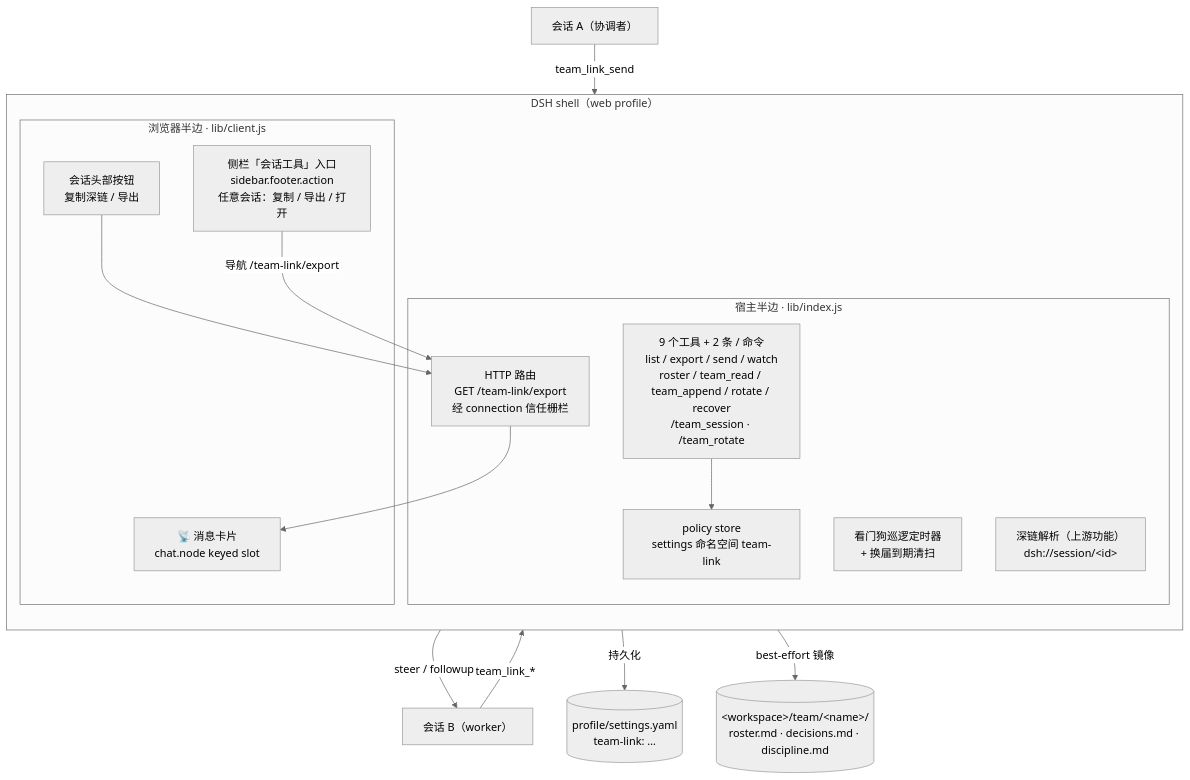
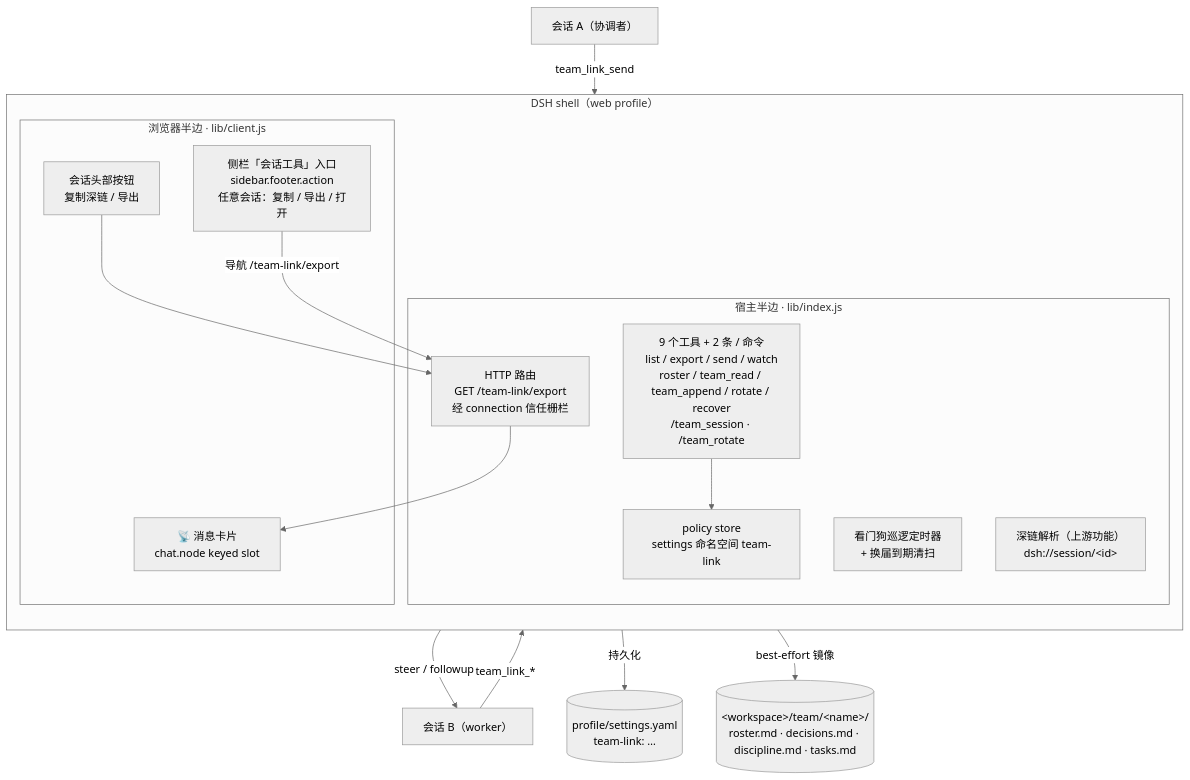
One commit to shenhuanageshei/dsh-team-link changed the first of 7 diagrams in README.md. Above: the diagram before and after it, drawn with Mermaid (neutral theme). The commit also changed other lines of this file and 7 other files, not shown here.

````diff
--- a/README.md
+++ b/README.md
@@ -78,27 +203,27 @@
 ```mermaid
 flowchart TB
     subgraph Shell["DSH shell（web profile）"]
         direction TB
         subgraph Host["宿主半边 · lib/index.js"]
             T["9 个工具 + 2 条 / 命令<br/>list / export / send / watch<br/>roster / team_read / team_append / rotate / recover<br/>/team_session · /team_rotate"]
             R["HTTP 路由<br/>GET /team-link/export<br/>经 connection 信任栅栏"]
             W["看门狗巡逻定时器<br/>+ 换届到期清扫"]
             DL["深链解析（上游功能）<br/>dsh://session/&lt;id&gt;"]
             ST["policy store<br/>settings 命名空间 team-link"]
         end
         subgraph Client["浏览器半边 · lib/client.js"]
             CARD["📡 消息卡片<br/>chat.node keyed slot"]
             BTN["会话头部按钮<br/>复制深链 / 导出"]
             SLOT["侧栏「会话工具」入口<br/>sidebar.footer.action<br/>任意会话：复制 / 导出 / 打开"]
         end
     end
     S1["会话 A（协调者）"] -->|team_link_send| T
     S2["会话 B（worker）"] -->|team_link_*| T
     T -->|steer / followup| S2
     T --> ST
     ST -->|持久化| YAML[("profile/settings.yaml<br/>team-link: …")]
-    T -->|best-effort 镜像| BB[("&lt;workspace&gt;/team/&lt;name&gt;/<br/>roster.md · decisions.md · discipline.md")]
+    T -->|best-effort 镜像| BB[("&lt;workspace&gt;/team/&lt;name&gt;/<br/>roster.md · decisions.md · discipline.md · tasks.md")]
     R --> CARD
     BTN --> R
     SLOT -->|导航 /team-link/export| R
 ```
````
